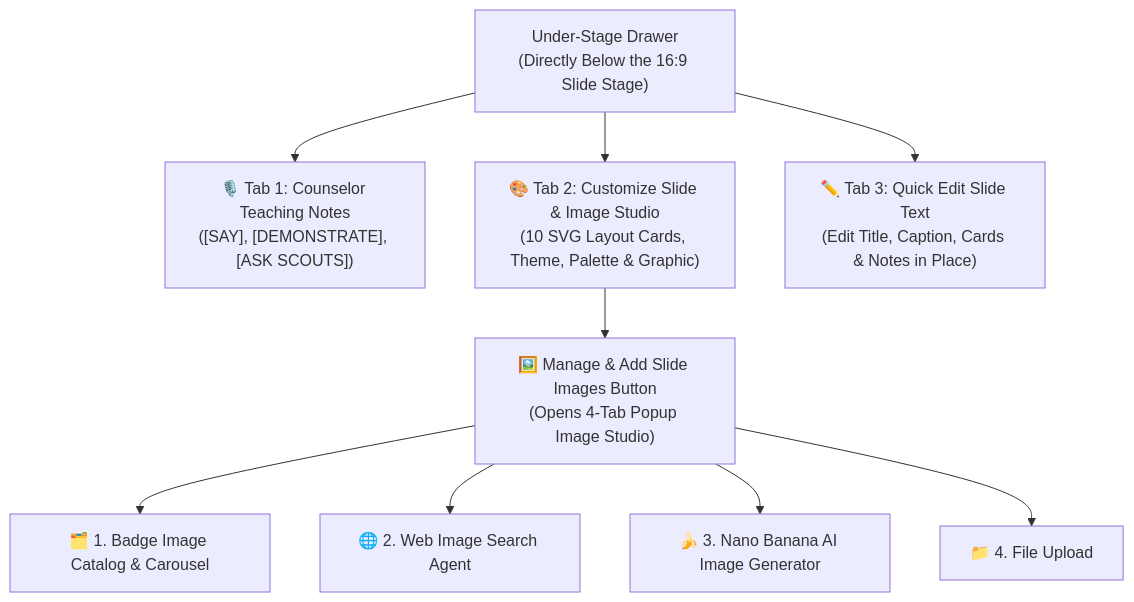
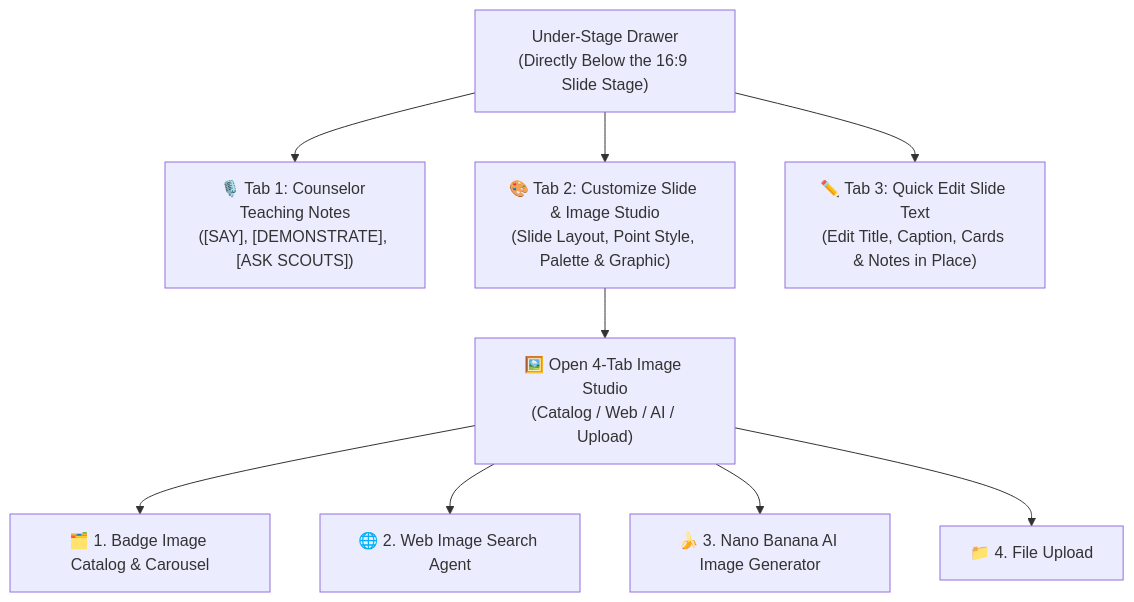
Before and after one commit to clayberg/scouts-bsa-merit-badge-agent: the second of 2 diagrams in docs/USER_GUIDE.md, drawn with Mermaid. The commit also changed other lines of this file and 30 other files, not shown here.

````diff
--- a/docs/USER_GUIDE.md
+++ b/docs/USER_GUIDE.md
@@ -248,11 +244,11 @@
 ```mermaid
 flowchart TD
     Drawer["Under-Stage Drawer<br/>(Directly Below the 16:9 Slide Stage)"] --> Tab1["🎙️ Tab 1: Counselor Teaching Notes<br/>([SAY], [DEMONSTRATE], [ASK SCOUTS])"]
-    Drawer --> Tab2["🎨 Tab 2: Customize Slide & Image Studio<br/>(10 SVG Layout Cards, Theme, Palette & Graphic)"]
+    Drawer --> Tab2["🎨 Tab 2: Customize Slide & Image Studio<br/>(Slide Layout, Point Style, Palette & Graphic)"]
     Drawer --> Tab3["✏️ Tab 3: Quick Edit Slide Text<br/>(Edit Title, Caption, Cards & Notes in Place)"]
-    Tab2 --> Modal["🖼️ Manage & Add Slide Images Button<br/>(Opens 4-Tab Popup Image Studio)"]
+    Tab2 --> Modal["🖼️ Open 4-Tab Image Studio<br/>(Catalog / Web / AI / Upload)"]
     Modal --> M1["🗂️ 1. Badge Image Catalog & Carousel"]
     Modal --> M2["🌐 2. Web Image Search Agent"]
     Modal --> M3["🍌 3. Nano Banana AI Image Generator"]
     Modal --> M4["📁 4. File Upload"]
 ```
````
